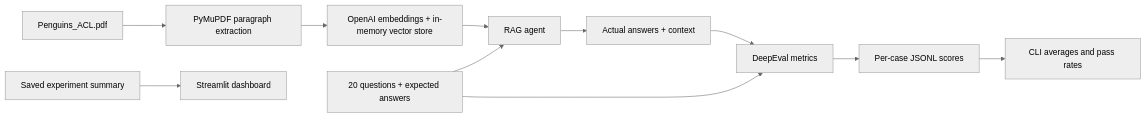
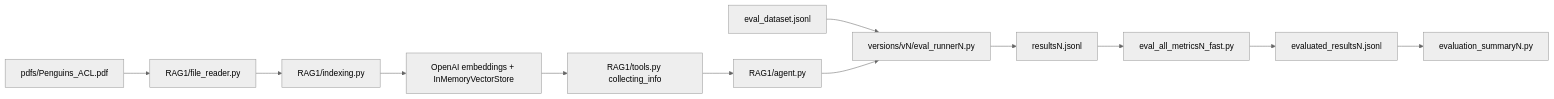
Before and after one commit to Mohamad-Hachem/LLM_Evaluation_System: the diagram in README.md, drawn with Mermaid (neutral theme). The commit also changed other lines of this file and 7 other files, not shown here.

````diff
--- a/README.md
+++ b/README.md
@@ -53,13 +58,14 @@
 ```mermaid
 flowchart LR
-    P["Penguins_ACL.pdf"] --> X["PyMuPDF paragraph extraction"]
-    X --> V["OpenAI embeddings + in-memory vector store"]
-    V --> A["RAG agent"]
-    Q["20 questions + expected answers"] --> A
-    A --> R["Actual answers + context"]
-    R --> D["DeepEval metrics"]
-    Q --> D
-    D --> J["Per-case JSONL scores"]
-    J --> C["CLI averages and pass rates"]
-    S["Saved experiment summary"] --> U["Streamlit dashboard"]
+    PDF["pdfs/Penguins_ACL.pdf"] --> Reader["RAG1/file_reader.py"]
+    Reader --> Index["RAG1/indexing.py"]
+    Index --> Store["OpenAI embeddings + InMemoryVectorStore"]
+    Store --> Tool["RAG1/tools.py collecting_info"]
+    Tool --> Agent["RAG1/agent.py"]
+    Data["eval_dataset.jsonl"] --> Runner["versions/vN/eval_runnerN.py"]
+    Agent --> Runner
+    Runner --> Results["resultsN.jsonl"]
+    Results --> Eval["eval_all_metricsN_fast.py"]
+    Eval --> Scored["evaluated_resultsN.jsonl"]
+    Scored --> Summary["evaluation_summaryN.py"]
 ```
````
